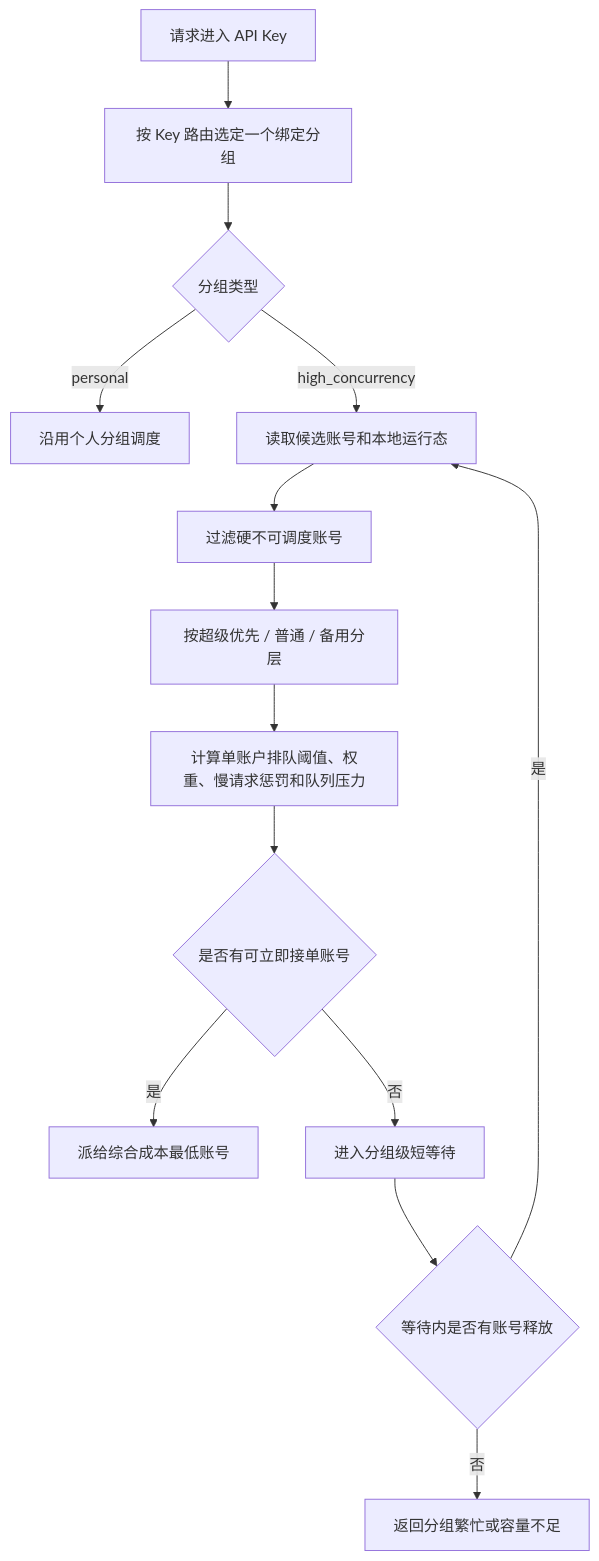
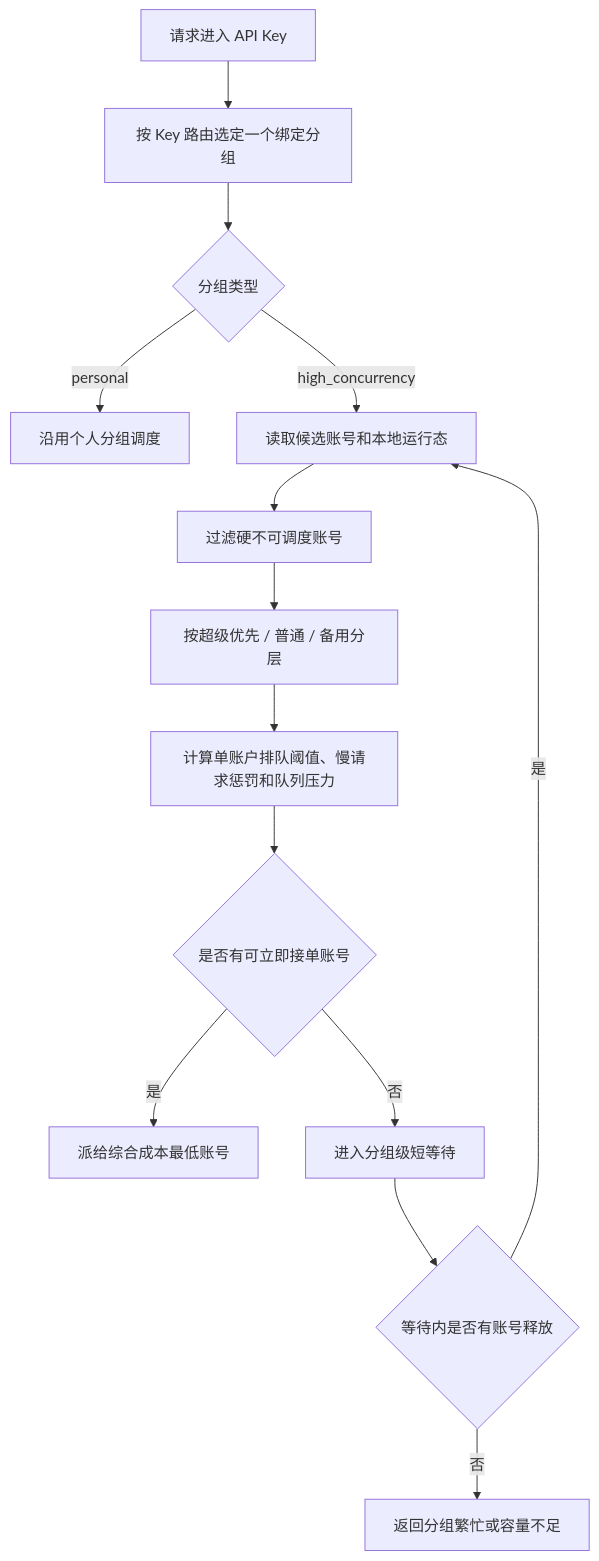
Before and after one commit to huanmin123/juhe-ai: the diagram in docs/functions/高并发分组调度设计.md, drawn with Mermaid. The commit also changed other lines of this file and 27 other files, not shown here.

````diff
--- a/docs/functions/高并发分组调度设计.md
+++ b/docs/functions/高并发分组调度设计.md
@@ -114,16 +114,16 @@
 ```mermaid
 flowchart TD
   A["请求进入 API Key"] --> B["按 Key 路由选定一个绑定分组"]
   B --> C{"分组类型"}
   C -- "personal" --> D["沿用个人分组调度"]
   C -- "high_concurrency" --> E["读取候选账号和本地运行态"]
   E --> F["过滤硬不可调度账号"]
   F --> G["按超级优先 / 普通 / 备用分层"]
-  G --> H["计算单账户排队阈值、权重、慢请求惩罚和队列压力"]
+  G --> H["计算单账户排队阈值、慢请求惩罚和队列压力"]
   H --> I{"是否有可立即接单账号"}
   I -- "是" --> J["派给综合成本最低账号"]
   I -- "否" --> K["进入分组级短等待"]
   K --> L{"等待内是否有账号释放"}
   L -- "是" --> E
   L -- "否" --> M["返回分组繁忙或容量不足"]
 ```
````
